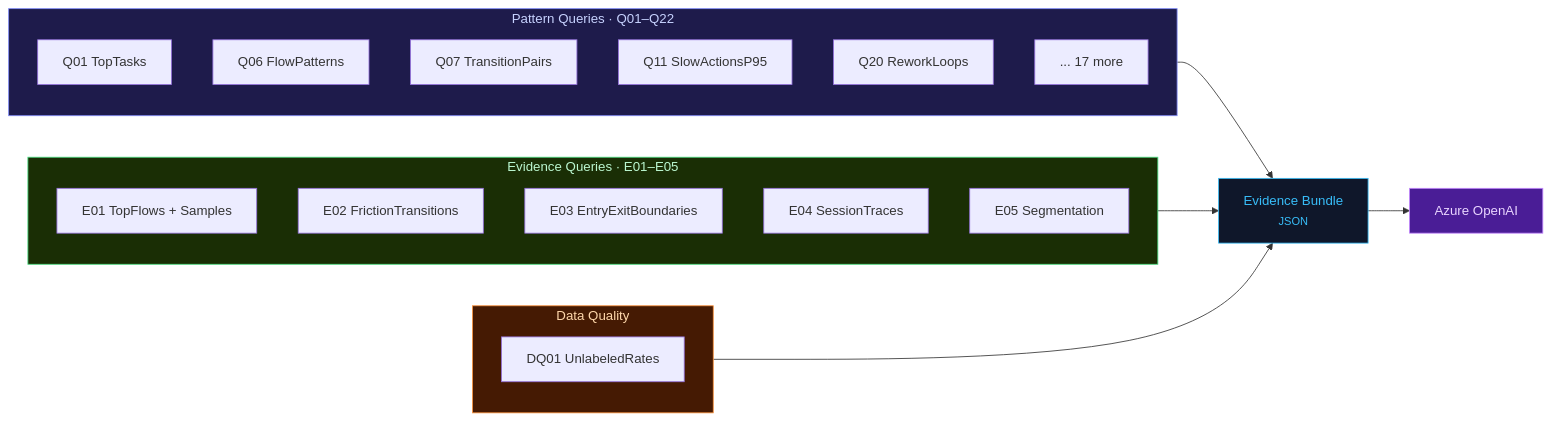
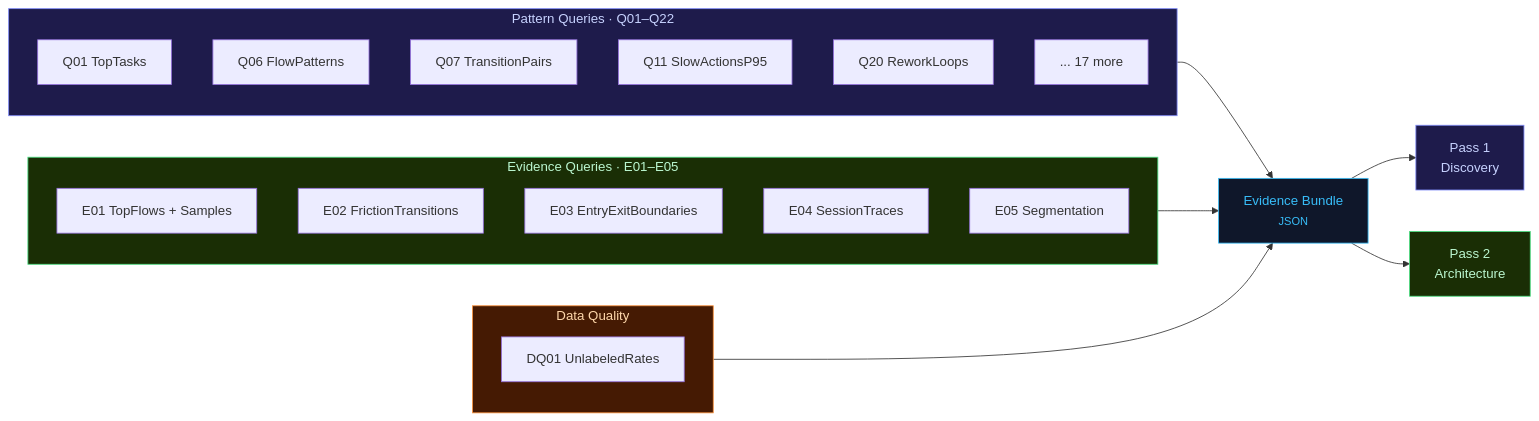
The third of 3 diagrams in README.md (Maxymibus/usage-telemetry), drawn with Mermaid before and after one commit. The commit also changed other lines of this file and 1 other file, not shown here.

````diff
--- a/README.md
+++ b/README.md
@@ -135,36 +162,38 @@
 ```mermaid
 graph LR
     subgraph Patterns["Pattern Queries · Q01–Q22"]
         direction TB
         Q1["Q01 TopTasks"]
         Q2["Q06 FlowPatterns"]
         Q3["Q07 TransitionPairs"]
         Q4["Q11 SlowActionsP95"]
         Q5["Q20 ReworkLoops"]
         Q6["... 17 more"]
     end
 
     subgraph Evidence["Evidence Queries · E01–E05"]
         direction TB
         E1["E01 TopFlows + Samples"]
         E2["E02 FrictionTransitions"]
         E3["E03 EntryExitBoundaries"]
         E4["E04 SessionTraces"]
         E5["E05 Segmentation"]
     end
 
     subgraph DQ["Data Quality"]
         DQ1["DQ01 UnlabeledRates"]
     end
 
     Patterns --> Bundle["Evidence Bundle<br/><small>JSON</small>"]
     Evidence --> Bundle
     DQ --> Bundle
-    Bundle --> LLM["Azure OpenAI"]
+    Bundle --> Pass1["Pass 1<br/>Discovery"]
+    Bundle --> Pass2["Pass 2<br/>Architecture"]
 
     style Patterns fill:#1e1b4b,stroke:#818cf8,color:#c7d2fe
     style Evidence fill:#1a2e05,stroke:#4ade80,color:#bbf7d0
     style DQ fill:#451a03,stroke:#fb923c,color:#fed7aa
     style Bundle fill:#0f172a,stroke:#38bdf8,color:#38bdf8
-    style LLM fill:#4a1d96,stroke:#c084fc,color:#e9d5ff
+    style Pass1 fill:#1e1b4b,stroke:#818cf8,color:#c7d2fe
+    style Pass2 fill:#1a2e05,stroke:#4ade80,color:#bbf7d0
 ```
````
